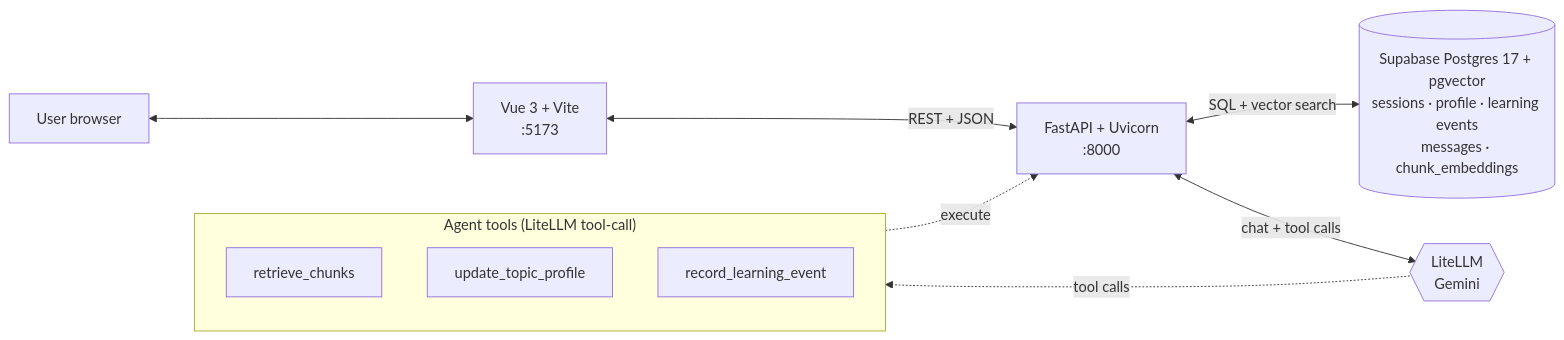
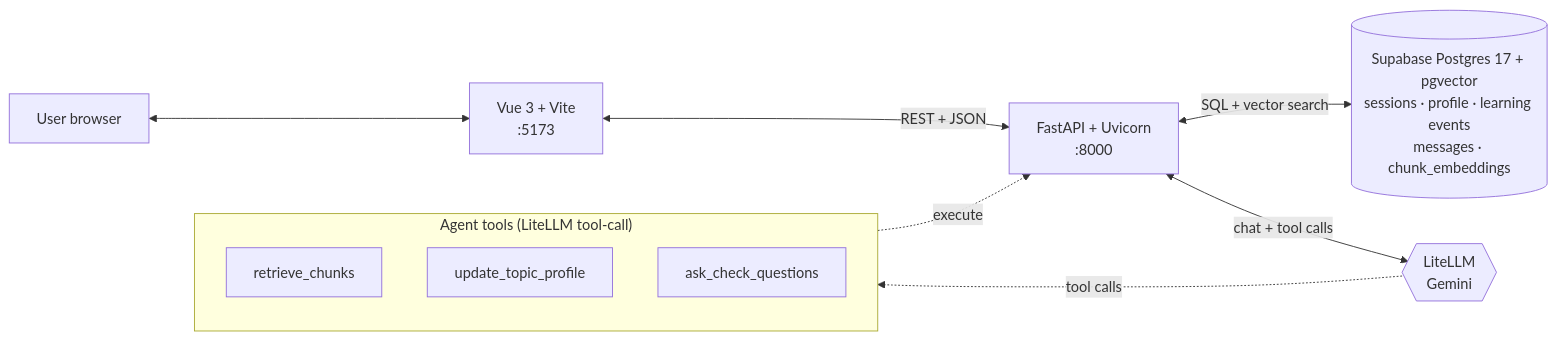
One commit to calmxz/Project_Apt changed the diagram in README.md. Above: the diagram before and after it, drawn with Mermaid. The commit also changed other lines of this file and 9 other files, not shown here.

````diff
--- a/README.md
+++ b/README.md
@@ -88,21 +88,21 @@
 ```mermaid
 flowchart LR
     User[User browser]
     FE[Vue 3 + Vite<br/>:5173]
     BE[FastAPI + Uvicorn<br/>:8000]
     DB[(Supabase Postgres 17 + pgvector<br/>sessions · profile · learning events<br/>messages · chunk_embeddings)]
     LLM{{LiteLLM<br/>Gemini}}
 
     User <--> FE
     FE <-->|REST + JSON| BE
     BE <-->|SQL + vector search| DB
     BE <-->|chat + tool calls| LLM
 
     subgraph Tools["Agent tools (LiteLLM tool-call)"]
       T1[retrieve_chunks]
       T2[update_topic_profile]
-      T3[record_learning_event]
+      T3[ask_check_questions]
     end
     LLM -.->|tool calls| Tools
     Tools -.->|execute| BE
 ```
````
